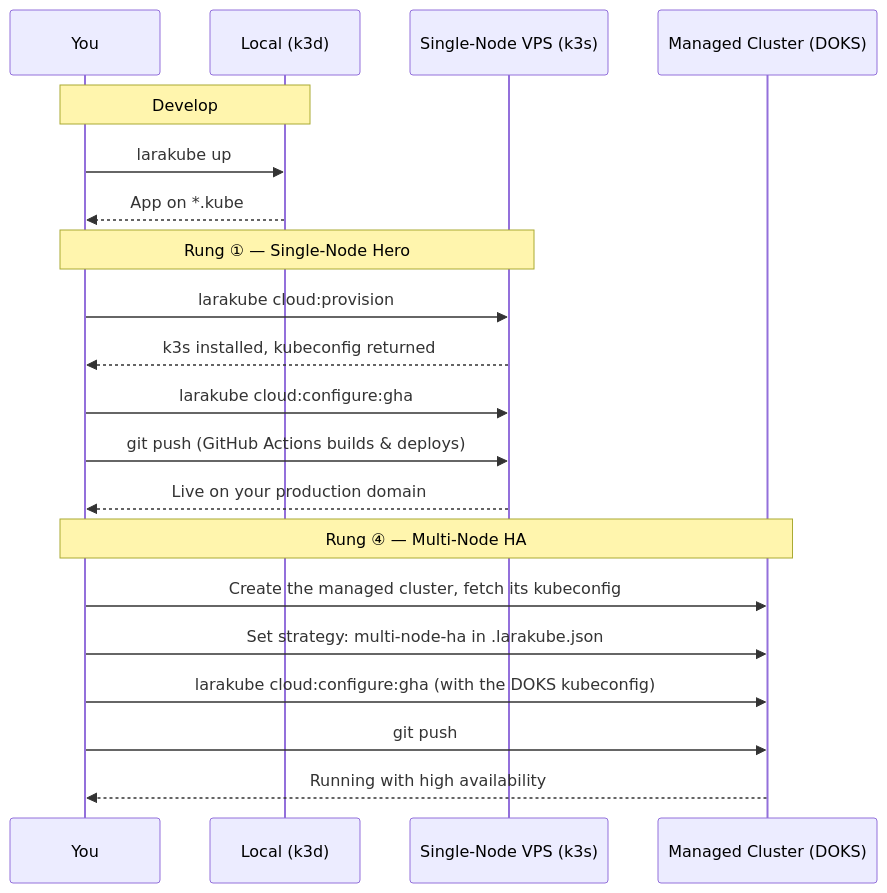
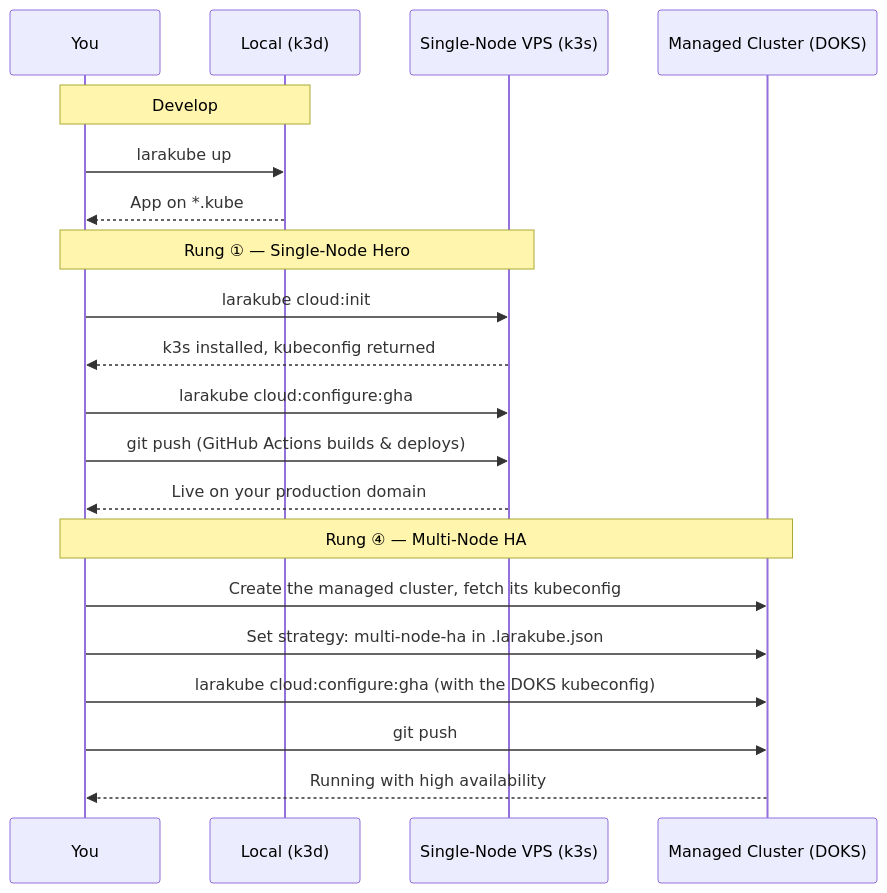
The diagram in docs/deployment/scaling-journey.md (luchavez-technologies/larakube-docs), drawn with Mermaid before and after one commit. The commit also changed other lines of this file and 17 other files, not shown here.

First line of the commit message:
docs: rename cloud:provision* -> cloud:init* across the docs

````diff
--- a/docs/deployment/scaling-journey.md
+++ b/docs/deployment/scaling-journey.md
@@ -136,25 +136,25 @@
 ```mermaid
 sequenceDiagram
     participant You
     participant Local as Local (k3d)
     participant VPS as Single-Node VPS (k3s)
     participant Cloud as Managed Cluster (DOKS)
 
     Note over You,Local: Develop
     You->>Local: larakube up
     Local-->>You: App on *.kube
 
     Note over You,VPS: Rung ① — Single-Node Hero
-    You->>VPS: larakube cloud:provision
+    You->>VPS: larakube cloud:init
     VPS-->>You: k3s installed, kubeconfig returned
     You->>VPS: larakube cloud:configure:gha
     You->>VPS: git push  (GitHub Actions builds & deploys)
     VPS-->>You: Live on your production domain
 
     Note over You,Cloud: Rung ④ — Multi-Node HA
     You->>Cloud: Create the managed cluster, fetch its kubeconfig
     You->>Cloud: Set strategy: multi-node-ha in .larakube.json
     You->>Cloud: larakube cloud:configure:gha  (with the DOKS kubeconfig)
     You->>Cloud: git push
     Cloud-->>You: Running with high availability
 ```
````
